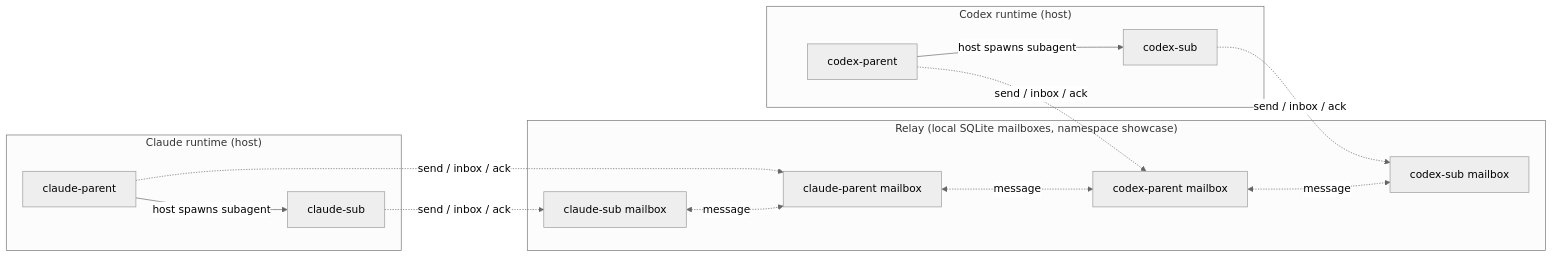
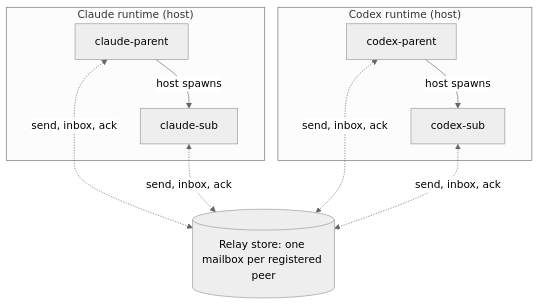
The diagram in docs/diagrams/host-trees-vs-relay.mmd (bbawuah/relay), drawn with Mermaid (neutral theme) before and after one commit. The commit also changed 23 other files, not shown here.

First line of the commit message:
docs: replace demos with live Claude and Codex agent replays

```diff
--- a/docs/diagrams/host-trees-vs-relay.mmd
+++ b/docs/diagrams/host-trees-vs-relay.mmd
@@ -1,20 +1,12 @@
-flowchart LR
+flowchart TB
   subgraph claude["Claude runtime (host)"]
-    cp["claude-parent"] -->|"host spawns subagent"| cs["claude-sub"]
+    cp["claude-parent"] -->|"host spawns"| cs["claude-sub"]
   end
   subgraph codex["Codex runtime (host)"]
-    xp["codex-parent"] -->|"host spawns subagent"| xs["codex-sub"]
+    xp["codex-parent"] -->|"host spawns"| xs["codex-sub"]
   end
-  subgraph relay["Relay (local SQLite mailboxes, namespace showcase)"]
-    mcp["claude-parent mailbox"]
-    mcs["claude-sub mailbox"]
-    mxp["codex-parent mailbox"]
-    mxs["codex-sub mailbox"]
-  end
-  cp -. "send / inbox / ack" .-> mcp
-  cs -. "send / inbox / ack" .-> mcs
-  xp -. "send / inbox / ack" .-> mxp
-  xs -. "send / inbox / ack" .-> mxs
-  mcp <-. "message" .-> mxp
-  mcs <-. "message" .-> mcp
-  mxp <-. "message" .-> mxs
+  relay[("Relay store: one mailbox per registered peer")]
+  cp <-.->|"send, inbox, ack"| relay
+  cs <-.->|"send, inbox, ack"| relay
+  xp <-.->|"send, inbox, ack"| relay
+  xs <-.->|"send, inbox, ack"| relay
```
